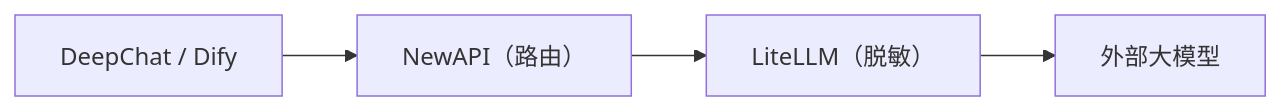
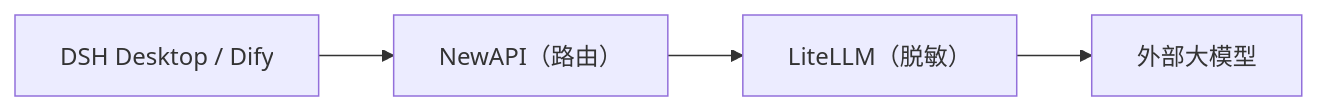
Before and after one commit to sdlyxianchao/AIAllInOne: the diagram in docs/i18n/admin-manual-zh-cn/ch01-overview.md, drawn with Mermaid. The commit also changed other lines of this file and 306 other files, not shown here.

````diff
--- a/docs/i18n/admin-manual-zh-cn/ch01-overview.md
+++ b/docs/i18n/admin-manual-zh-cn/ch01-overview.md
@@ -71,6 +71,6 @@
 ```mermaid
 flowchart LR
-    A["DeepChat / Dify"] --> B["NewAPI（路由）"]
+    A["DSH Desktop / Dify"] --> B["NewAPI（路由）"]
     B["NewAPI（路由）"] --> C["LiteLLM（脱敏）"]
     C["LiteLLM（脱敏）"] --> D["外部大模型"]
 ```
````
